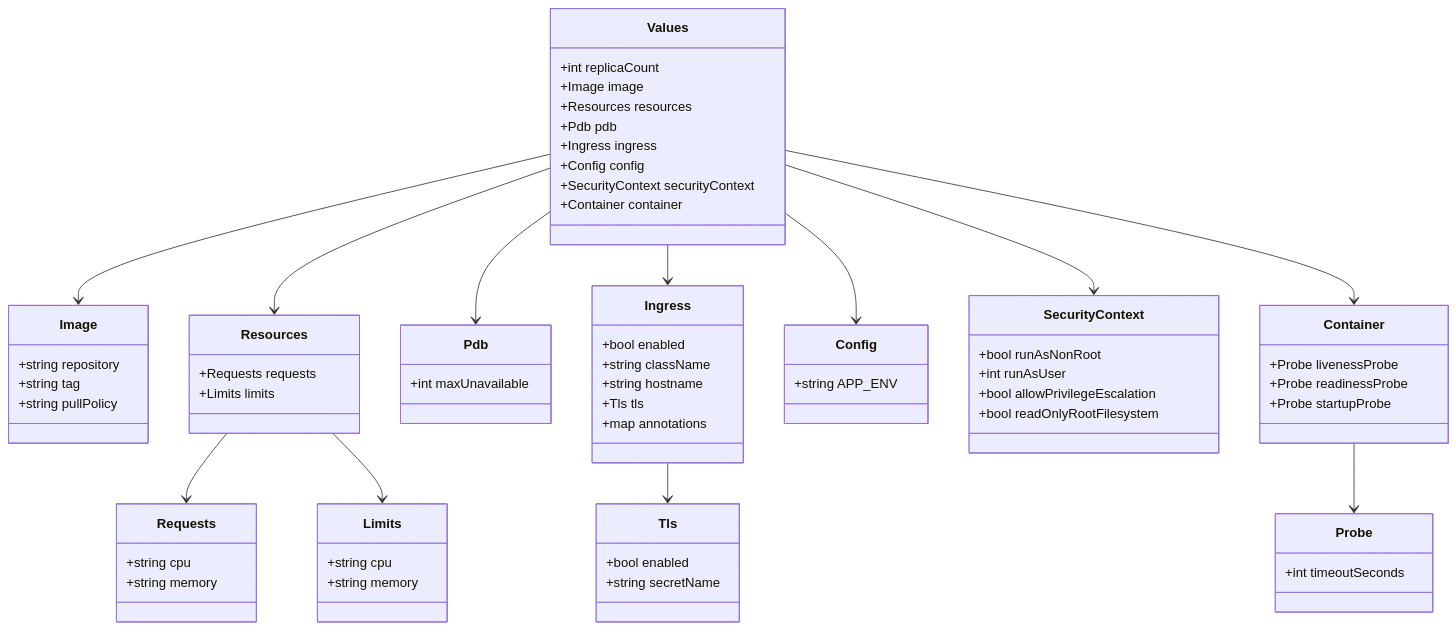
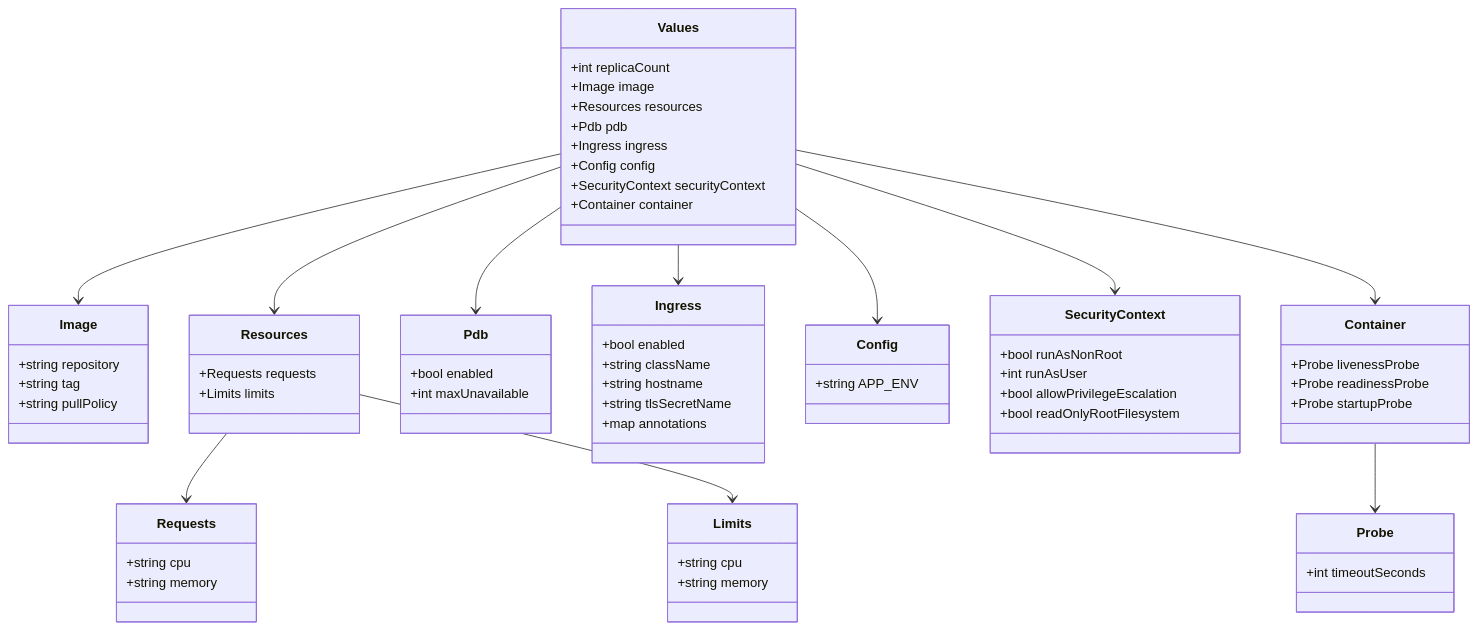
The second of 4 diagrams in docs/repository-structure.md (leynos/wildside), drawn with Mermaid before and after one commit. The commit also changed other lines of this file and 4 other files, not shown here.

Commit message:
Gate chart extras by configuration

````diff
--- a/docs/repository-structure.md
+++ b/docs/repository-structure.md
@@ -126,72 +126,68 @@
 ```mermaid
 classDiagram
     class Values {
       +int replicaCount
       +Image image
       +Resources resources
       +Pdb pdb
       +Ingress ingress
       +Config config
       +SecurityContext securityContext
       +Container container
     }
     class Image {
       +string repository
       +string tag
       +string pullPolicy
     }
     class Resources {
       +Requests requests
       +Limits limits
     }
     class Requests {
       +string cpu
       +string memory
     }
     class Limits {
       +string cpu
       +string memory
     }
     class Pdb {
+      +bool enabled
       +int maxUnavailable
     }
     class Ingress {
       +bool enabled
       +string className
       +string hostname
-      +Tls tls
+      +string tlsSecretName
       +map<string,string> annotations
-    }
-    class Tls {
-      +bool enabled
-      +string secretName
     }
     class Config {
       +string APP_ENV
     }
     class SecurityContext {
       +bool runAsNonRoot
       +int runAsUser
       +bool allowPrivilegeEscalation
       +bool readOnlyRootFilesystem
     }
     class Container {
       +Probe livenessProbe
       +Probe readinessProbe
       +Probe startupProbe
     }
     class Probe {
       +int timeoutSeconds
     }
     Values --> Image
     Values --> Resources
     Resources --> Requests
     Resources --> Limits
     Values --> Pdb
     Values --> Ingress
     Values --> Config
     Values --> SecurityContext
     Values --> Container
-    Ingress --> Tls
     Container --> Probe
 ```
````
